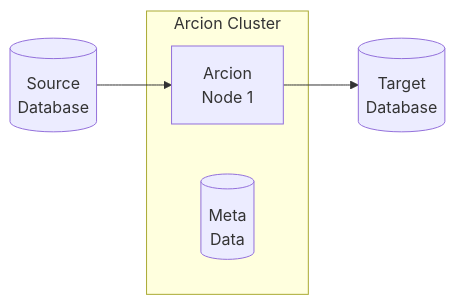
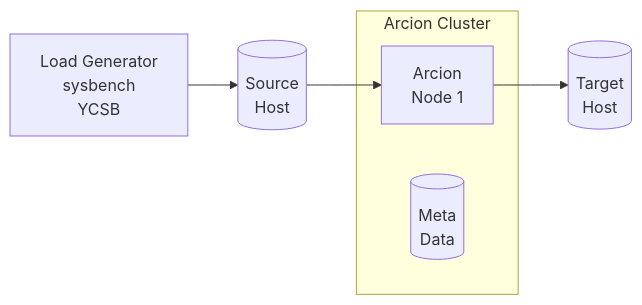
The first of 4 diagrams in README.md (arcionlabs/arcion-loadgen), drawn with Mermaid before and after one commit. The commit also changed other lines of this file and 2 other files, not shown here.

````diff
--- a/README.md
+++ b/README.md
@@ -6,9 +10,10 @@
 ```mermaid
 graph LR
+    L[Load Generator<br>sysbench<br>YCSB] --> S
     subgraph Arcion Cluster
         A1
         M[(Meta <br>Data)]
     end
-    S[(Source <br>Database)] --> A1[Arcion <br> Node 1]
-    A1 --> T[(Target <br>Database)]
+    S[(Source <br>Host)] --> A1[Arcion <br> Node 1]
+    A1 --> T[(Target <br>Host)]
 ```
````
